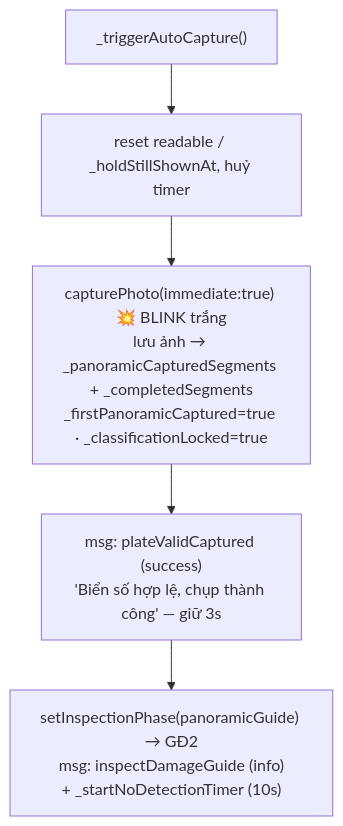
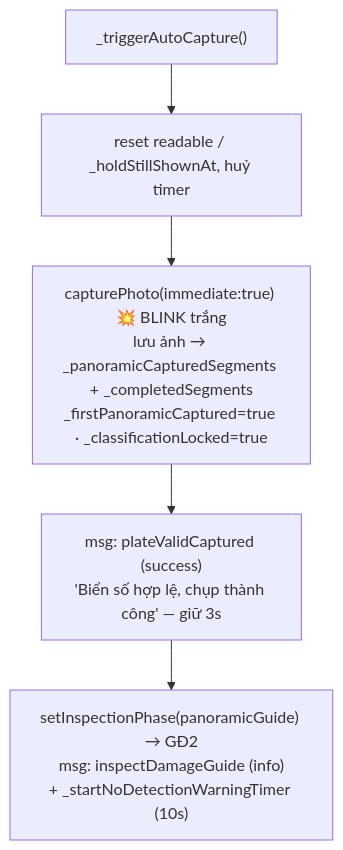
One commit to Aicycle-Insurance/aicycle_on_device changed the sixth of 9 diagrams in CAMERA_CONTROLLER.md. Above: the diagram before and after it, drawn with Mermaid. The commit also changed other lines of this file and 4 other files, not shown here.

Commit message:
feat: update inspection flow to include warning for no damage detected without auto angle change

````diff
--- a/CAMERA_CONTROLLER.md
+++ b/CAMERA_CONTROLLER.md
@@ -140,7 +140,7 @@
 ```mermaid
 flowchart TD
     T0["_triggerAutoCapture()"] --> T1["reset readable / _holdStillShownAt, huỷ timer"]
     T1 --> T2["capturePhoto(immediate:true) 💥 BLINK trắng<br/>lưu ảnh → _panoramicCapturedSegments + _completedSegments<br/>_firstPanoramicCaptured=true · _classificationLocked=true"]
     T2 --> T3["msg: plateValidCaptured (success)<br/>'Biển số hợp lệ, chụp thành công' — giữ 3s"]
-    T3 --> T4["setInspectionPhase(panoramicGuide) → GĐ2<br/>msg: inspectDamageGuide (info)<br/>+ _startNoDetectionTimer (10s)"]
+    T3 --> T4["setInspectionPhase(panoramicGuide) → GĐ2<br/>msg: inspectDamageGuide (info)<br/>+ _startNoDetectionWarningTimer (10s)"]
 ```
````
